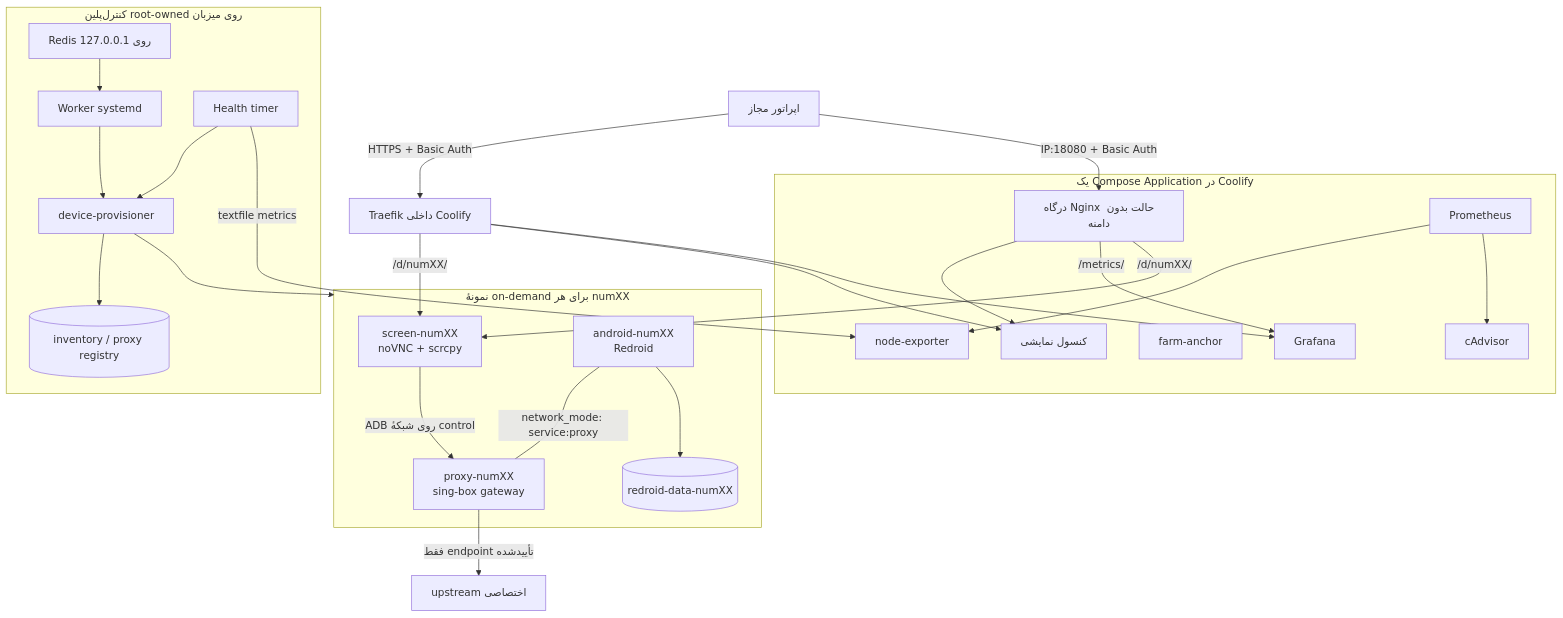
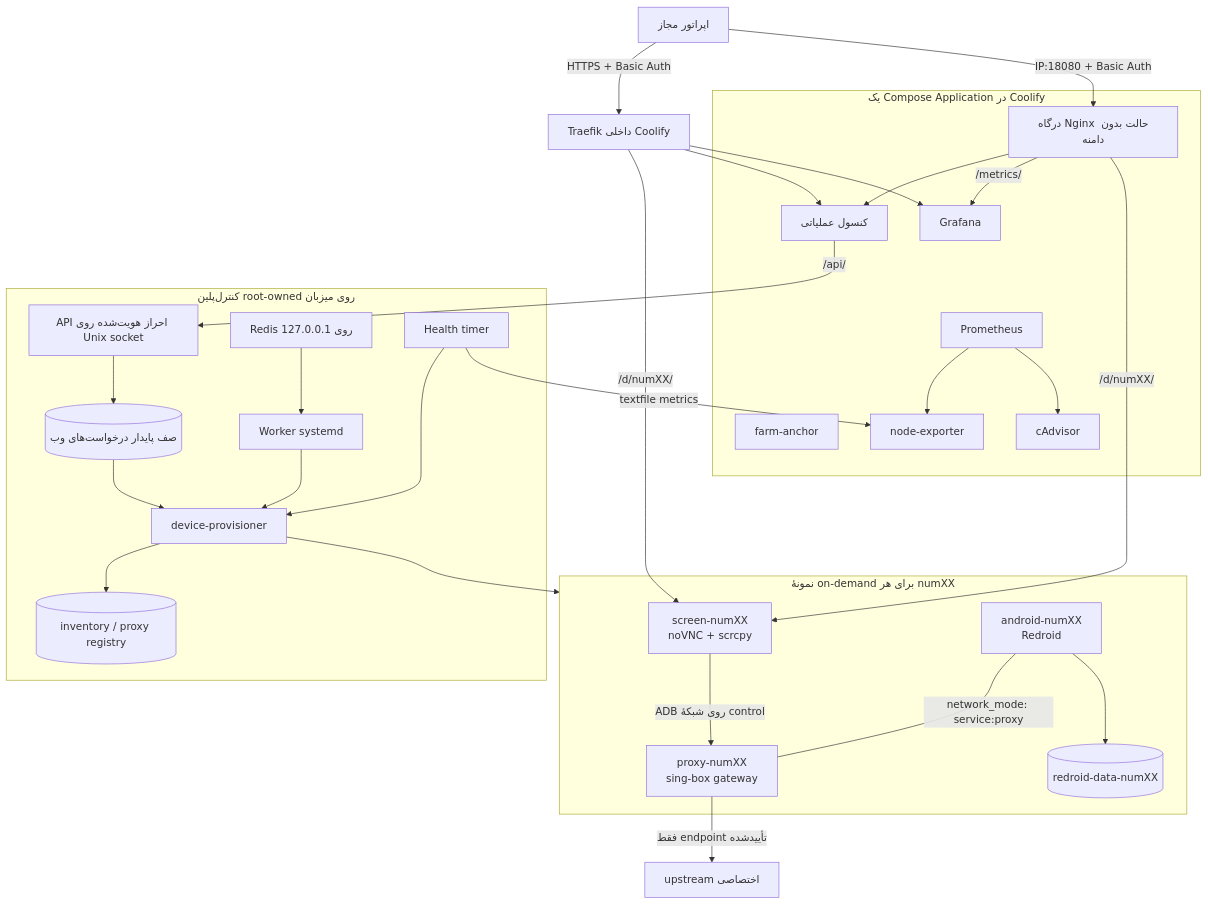
The diagram in docs/GUIDE.fa.md (mjpouladi/AndroidFarm), drawn with Mermaid before and after one commit. The commit also changed other lines of this file and 37 other files, not shown here.

````diff
--- a/docs/GUIDE.fa.md
+++ b/docs/GUIDE.fa.md
@@ -43,48 +43,52 @@
 ```mermaid
 flowchart TB
   U[اپراتور مجاز] -->|HTTPS + Basic Auth| T[Traefik داخلی Coolify]
   U -->|IP:18080 + Basic Auth| GW[درگاه Nginx حالت بدون دامنه]
-  T --> C[کنسول نمایشی]
+  T --> C[کنسول عملیاتی]
   T --> G[Grafana]
   T -->|/d/numXX/| S[screen-numXX\nnoVNC + scrcpy]
   GW --> C
   GW -->|/metrics/| G
   GW -->|/d/numXX/| S
 
   subgraph Core[یک Compose Application در Coolify]
     A[farm-anchor]
     C
     G
     GW
     P[Prometheus]
     N[node-exporter]
     D[cAdvisor]
     P --> N
     P --> D
   end
 
   subgraph Host[کنترل‌پلین root-owned روی میزبان]
+    API[API احراز هویت‌شده روی Unix socket]
+    J[(صف پایدار درخواست‌های وب)]
     CLI[device-provisioner]
     Q[Redis روی 127.0.0.1]
     W[Worker systemd]
     H[Health timer]
     I[(inventory / proxy registry)]
     Q --> W --> CLI
+    API --> J --> CLI
     H --> CLI
     CLI --> I
   end
 
   subgraph Device[نمونهٔ on-demand برای هر numXX]
     X[proxy-numXX\nsing-box gateway]
     R[android-numXX\nRedroid]
     S
     V[(redroid-data-numXX)]
     R ---|network_mode: service:proxy| X
     R --> V
     S -->|ADB روی شبکهٔ control| X
   end
 
   CLI --> Device
+  C -->|/api/| API
   X -->|فقط endpoint تأییدشده| UP[upstream اختصاصی]
   H -->|textfile metrics| N
 ```
````
